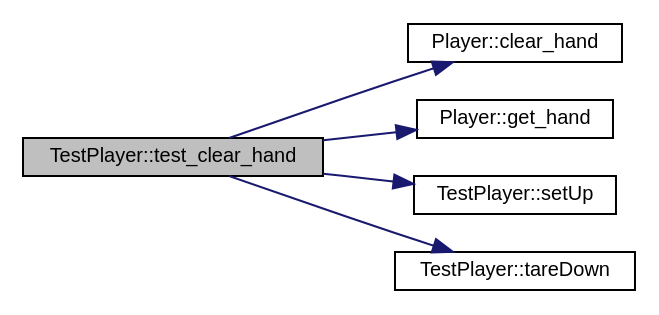
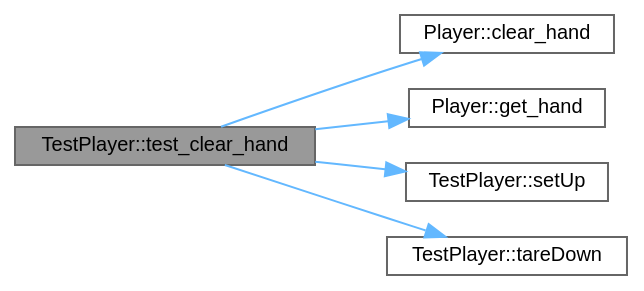
The diagram in class_test_player_adb36c0653ec494204f5a029a124ee584_cgraph.dot (jesstyrrell/cosc345), drawn with Graphviz before and after one commit. The commit also changed 332 other files, not shown here.

```diff
--- a/class_test_player_adb36c0653ec494204f5a029a124ee584_cgraph.dot
+++ b/class_test_player_adb36c0653ec494204f5a029a124ee584_cgraph.dot
@@ -1,17 +1,18 @@
 digraph "TestPlayer::test_clear_hand"
 {
  // INTERACTIVE_SVG=YES
  // LATEX_PDF_SIZE
-  edge [fontname="Helvetica",fontsize="10",labelfontname="Helvetica",labelfontsize="10"];
-  node [fontname="Helvetica",fontsize="10",shape=record];
+  bgcolor="transparent";
+  edge [fontname=Helvetica,fontsize=10,labelfontname=Helvetica,labelfontsize=10];
+  node [fontname=Helvetica,fontsize=10,shape=box,height=0.2,width=0.4];
   rankdir="LR";
-  Node1 [label="TestPlayer::test_clear_hand",height=0.2,width=0.4,color="black", fillcolor="grey75", style="filled", fontcolor="black",tooltip=" "];
-  Node1 -> Node2 [color="midnightblue",fontsize="10",style="solid",fontname="Helvetica"];
-  Node2 [label="Player::clear_hand",height=0.2,width=0.4,color="black", fillcolor="white", style="filled",URL="$class_player.html#a174449e6ad5253666daa744a02054066",tooltip="Clears the player's hand of all cards."];
-  Node1 -> Node3 [color="midnightblue",fontsize="10",style="solid",fontname="Helvetica"];
-  Node3 [label="Player::get_hand",height=0.2,width=0.4,color="black", fillcolor="white", style="filled",URL="$class_player.html#a37e8e81092cab91b3136f56f2faa7d11",tooltip="Gets the player's current hand of cards."];
-  Node1 -> Node4 [color="midnightblue",fontsize="10",style="solid",fontname="Helvetica"];
-  Node4 [label="TestPlayer::setUp",height=0.2,width=0.4,color="black", fillcolor="white", style="filled",URL="$class_test_player.html#a5c34eef1f1f4e47d9b45e3ebe7e18eb3",tooltip=" "];
-  Node1 -> Node5 [color="midnightblue",fontsize="10",style="solid",fontname="Helvetica"];
-  Node5 [label="TestPlayer::tareDown",height=0.2,width=0.4,color="black", fillcolor="white", style="filled",URL="$class_test_player.html#aff9534ecbcfa4a591a51452f7b2c89e3",tooltip=" "];
+  Node1 [id="Node000001",label="TestPlayer::test_clear_hand",height=0.2,width=0.4,color="gray40", fillcolor="grey60", style="filled", fontcolor="black",tooltip=" "];
+  Node1 -> Node2 [id="edge1_Node000001_Node000002",color="steelblue1",style="solid",tooltip=" "];
+  Node2 [id="Node000002",label="Player::clear_hand",height=0.2,width=0.4,color="grey40", fillcolor="white", style="filled",URL="$class_player.html#a174449e6ad5253666daa744a02054066",tooltip="Clears the player's hand of all cards."];
+  Node1 -> Node3 [id="edge2_Node000001_Node000003",color="steelblue1",style="solid",tooltip=" "];
+  Node3 [id="Node000003",label="Player::get_hand",height=0.2,width=0.4,color="grey40", fillcolor="white", style="filled",URL="$class_player.html#a37e8e81092cab91b3136f56f2faa7d11",tooltip="Gets the player's current hand of cards."];
+  Node1 -> Node4 [id="edge3_Node000001_Node000004",color="steelblue1",style="solid",tooltip=" "];
+  Node4 [id="Node000004",label="TestPlayer::setUp",height=0.2,width=0.4,color="grey40", fillcolor="white", style="filled",URL="$class_test_player.html#a5c34eef1f1f4e47d9b45e3ebe7e18eb3",tooltip=" "];
+  Node1 -> Node5 [id="edge4_Node000001_Node000005",color="steelblue1",style="solid",tooltip=" "];
+  Node5 [id="Node000005",label="TestPlayer::tareDown",height=0.2,width=0.4,color="grey40", fillcolor="white", style="filled",URL="$class_test_player.html#aff9534ecbcfa4a591a51452f7b2c89e3",tooltip=" "];
 }
```
